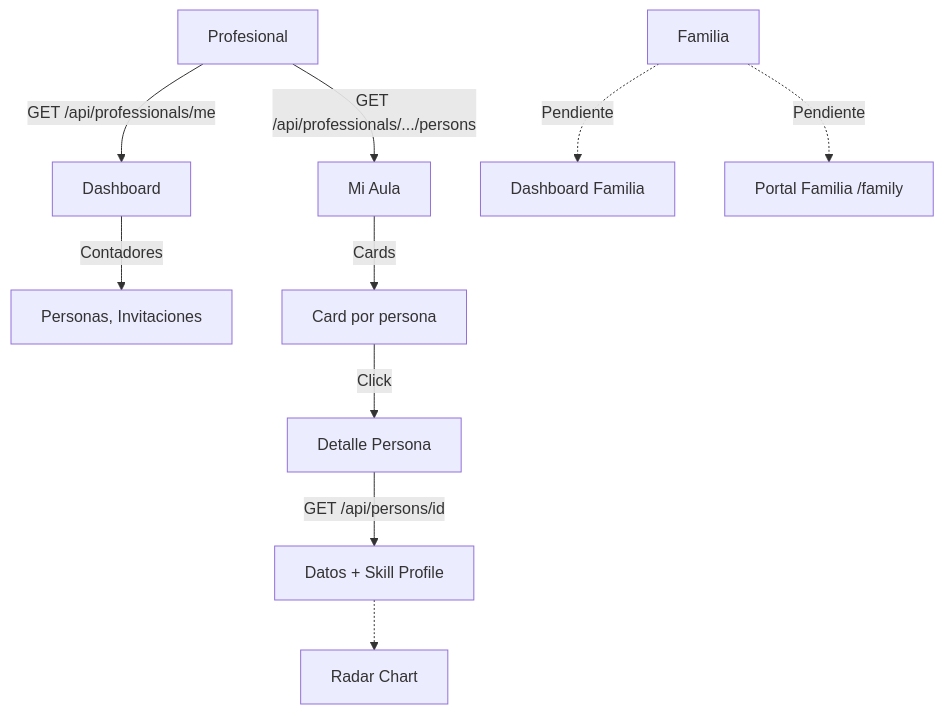
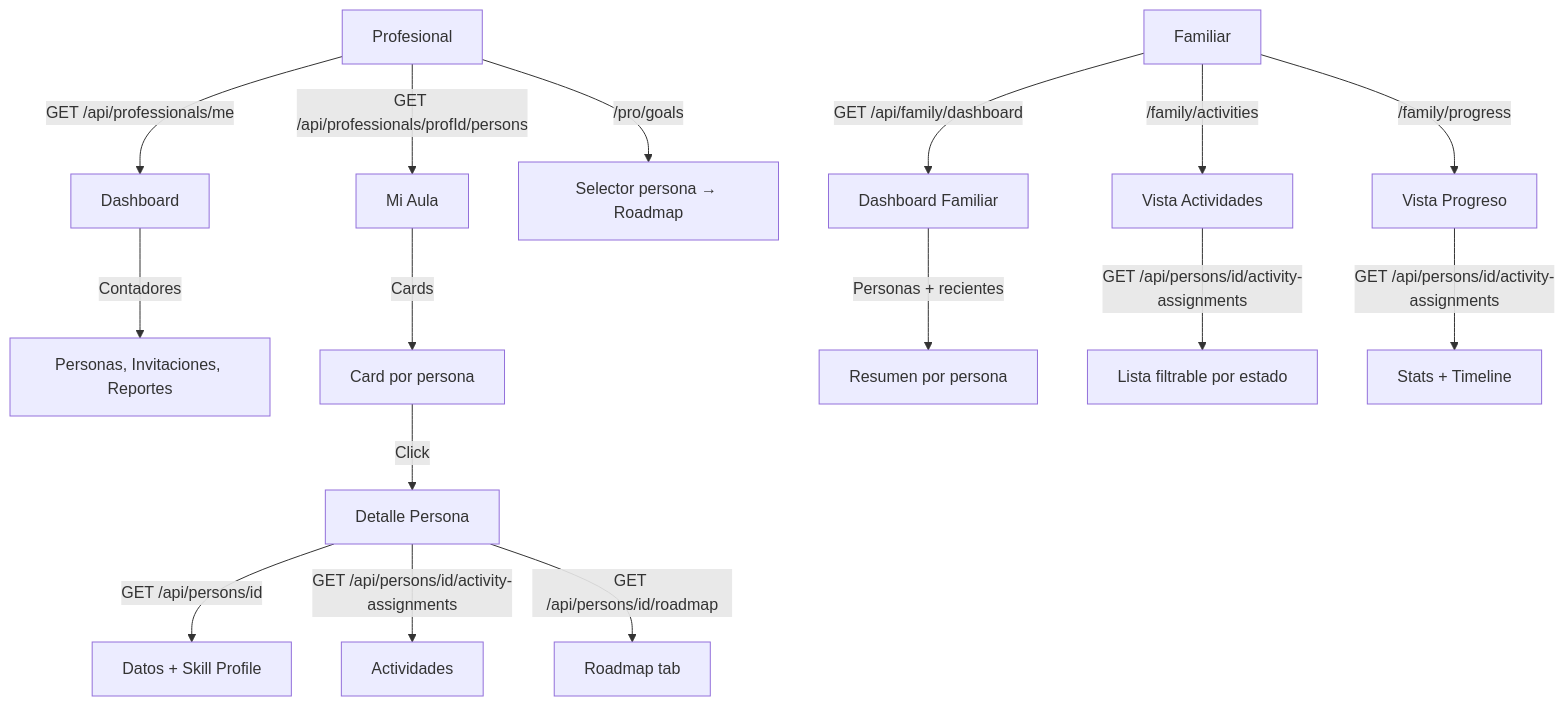
One commit to Sacha-html/InclusiON changed the diagram in Process/14-seguimiento-avances.md. Above: the diagram before and after it, drawn with Mermaid. The commit also changed other lines of this file and 3 other files, not shown here.

````diff
--- a/Process/14-seguimiento-avances.md
+++ b/Process/14-seguimiento-avances.md
@@ -45,16 +56,23 @@
 ```mermaid
 flowchart TD
     PROF[Profesional] -->|GET /api/professionals/me| DASH[Dashboard]
-    DASH -->|Contadores| STATS[Personas, Invitaciones]
+    DASH -->|Contadores| STATS[Personas, Invitaciones, Reportes]
 
-    PROF -->|GET /api/professionals/.../persons| AULA[Mi Aula]
+    PROF -->|GET /api/professionals/profId/persons| AULA[Mi Aula]
     AULA -->|Cards| CARDS[Card por persona]
     CARDS -->|Click| DET[Detalle Persona]
     DET -->|GET /api/persons/id| DATOS[Datos + Skill Profile]
+    DET -->|GET /api/persons/id/activity-assignments| ACT_PRO[Actividades]
+    DET -->|GET /api/persons/id/roadmap| ROAD_PRO[Roadmap tab]
 
-    DATOS -.-> RADAR[Radar Chart]
+    PROF -->|/pro/goals| GOALS[Selector persona → Roadmap]
 
-    FAM[Familia] -.->|Pendiente| DASH_F[Dashboard Familia]
-    FAM -.->|Pendiente| PORTAL[Portal Familia /family]
+    FAM[Familiar] -->|GET /api/family/dashboard| DASH_F[Dashboard Familiar]
+    DASH_F -->|Personas + recientes| OVERVIEW[Resumen por persona]
 
+    FAM -->|/family/activities| ACT_F[Vista Actividades]
+    ACT_F -->|GET /api/persons/id/activity-assignments| LISTA[Lista filtrable por estado]
+
+    FAM -->|/family/progress| PROG_F[Vista Progreso]
+    PROG_F -->|GET /api/persons/id/activity-assignments| STATS_F[Stats + Timeline]
 ```
````
